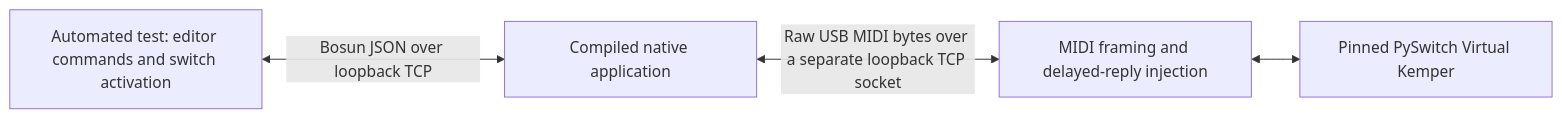
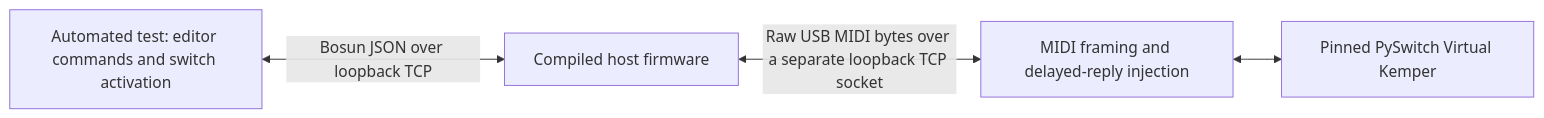
One commit to danmigdev/bosun-midi-captain changed the diagram in docs/kemper-emulator-tests.md. Above: the diagram before and after it, drawn with Mermaid. The commit also changed other lines of this file and 193 other files, not shown here.

First line of the commit message:
Rename firmware-native to firmware

````diff
--- a/docs/kemper-emulator-tests.md
+++ b/docs/kemper-emulator-tests.md
@@ -7,6 +7,6 @@
 ```mermaid
 flowchart LR
-  Test["Automated test: editor commands and switch activation"] <-->|"Bosun JSON over loopback TCP"| Bosun["Compiled native application"]
+  Test["Automated test: editor commands and switch activation"] <-->|"Bosun JSON over loopback TCP"| Bosun["Compiled host firmware"]
   Bosun <-->|"Raw USB MIDI bytes over a separate loopback TCP socket"| Adapter["MIDI framing and delayed-reply injection"]
   Adapter <--> PySwitch["Pinned PySwitch Virtual Kemper"]
 ```
````
